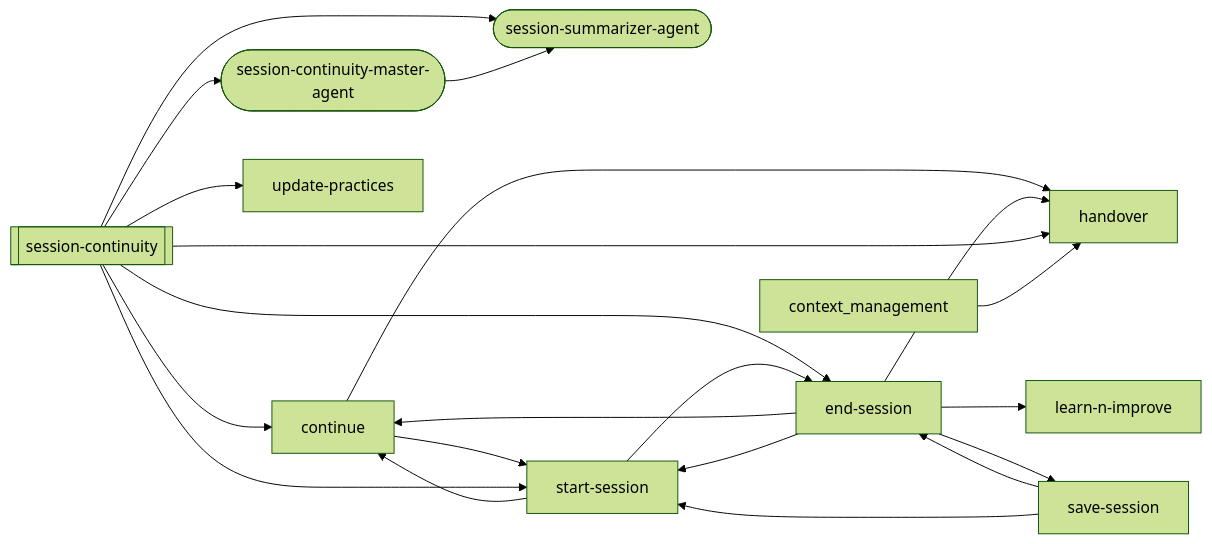
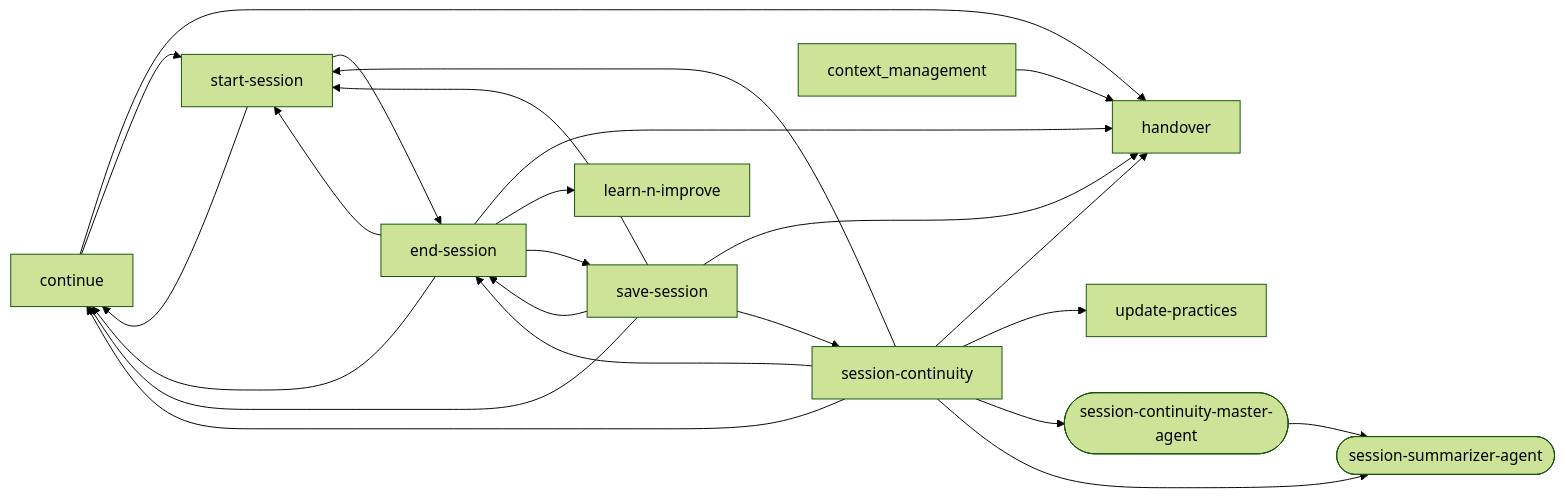
The fourth of 12 diagrams in docs/workflows/session-continuity.md (abhayla/claude-best-practices), drawn with Mermaid (forest theme) before and after one commit. The commit also changed other lines of this file and 20 other files, not shown here.

````diff
--- a/docs/workflows/session-continuity.md
+++ b/docs/workflows/session-continuity.md
@@ -362,33 +365,36 @@
 ```mermaid
 graph LR
-    session_continuity[["session-continuity"]]
     continue["continue"]
     end_session["end-session"]
     handover["handover"]
     learn_n_improve["learn-n-improve"]
     save_session["save-session"]
+    session_continuity["session-continuity"]
     session_continuity_master_agent(["session-continuity-master-agent"])
     session_summarizer_agent(["session-summarizer-agent"])
     start_session["start-session"]
     update_practices["update-practices"]
     continue --> handover
     continue --> start_session
     end_session --> continue
     end_session --> handover
     end_session --> learn_n_improve
     end_session --> save_session
     end_session --> start_session
+    save_session --> continue
     save_session --> end_session
+    save_session --> handover
+    save_session --> session_continuity
     save_session --> start_session
     session_continuity --> continue
     session_continuity --> end_session
     session_continuity --> handover
     session_continuity --> start_session
     session_continuity --> update_practices
     session_continuity --> session_continuity_master_agent
     session_continuity --> session_summarizer_agent
     start_session --> continue
     start_session --> end_session
     session_continuity_master_agent --> session_summarizer_agent
     context_management --> handover
 ```
````
